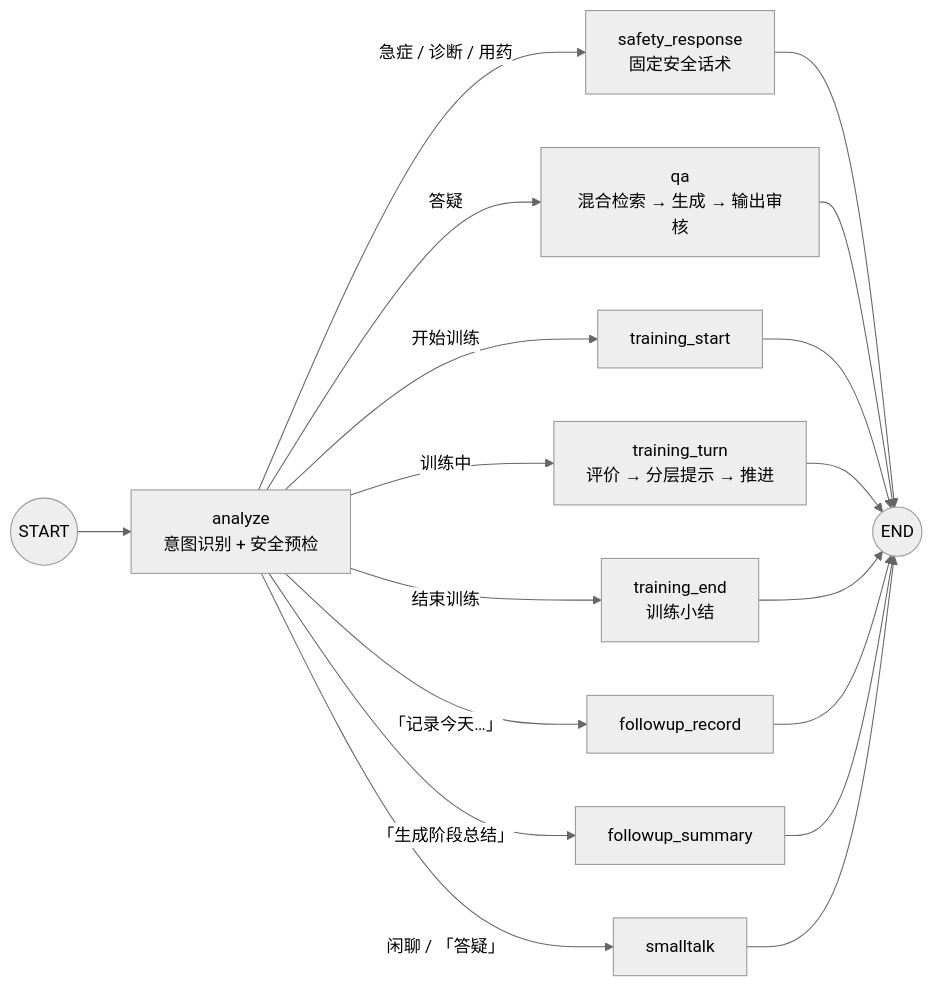
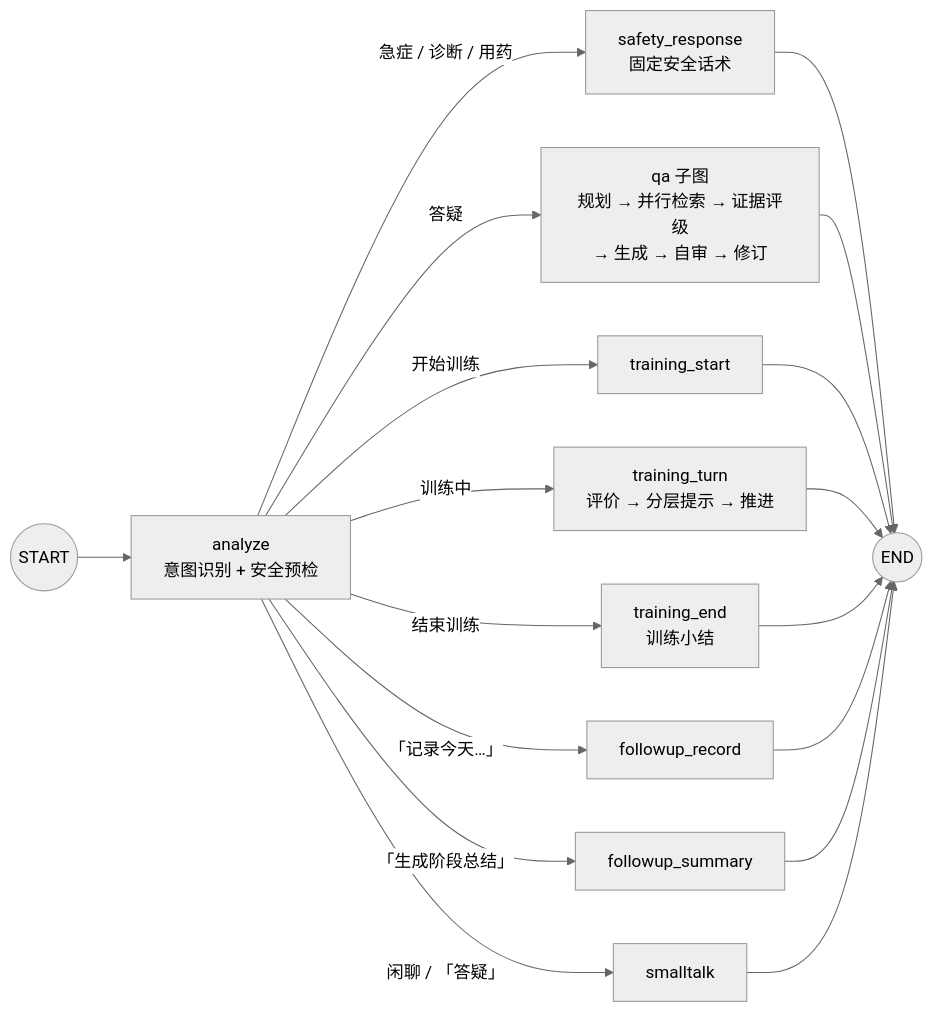
One commit to dazhuang2006/The-Sound-of-Breaking-Free-from-the-Cocoon changed the second of 3 diagrams in README.md. Above: the diagram before and after it, drawn with Mermaid (neutral theme). The commit also changed other lines of this file and 17 other files, not shown here.

````diff
--- a/README.md
+++ b/README.md
@@ -176,22 +176,22 @@
 ```mermaid
 flowchart LR
     S((START)) --> AN["analyze<br/>意图识别 + 安全预检"]
 
     AN -->|急症 / 诊断 / 用药| SR["safety_response<br/>固定安全话术"]
-    AN -->|答疑| QA["qa<br/>混合检索 → 生成 → 输出审核"]
+    AN -->|答疑| QA["qa 子图<br/>规划 → 并行检索 → 证据评级<br/>→ 生成 → 自审 → 修订"]
     AN -->|开始训练| TS["training_start"]
     AN -->|训练中| TT["training_turn<br/>评价 → 分层提示 → 推进"]
     AN -->|结束训练| TE["training_end<br/>训练小结"]
     AN -->|「记录今天…」| FR["followup_record"]
     AN -->|「生成阶段总结」| FS["followup_summary"]
     AN -->|闲聊 / 「答疑」| CH["smalltalk"]
 
     SR --> E((END))
     QA --> E
     TS --> E
     TT --> E
     TE --> E
     FR --> E
     FS --> E
     CH --> E
 ```
````
